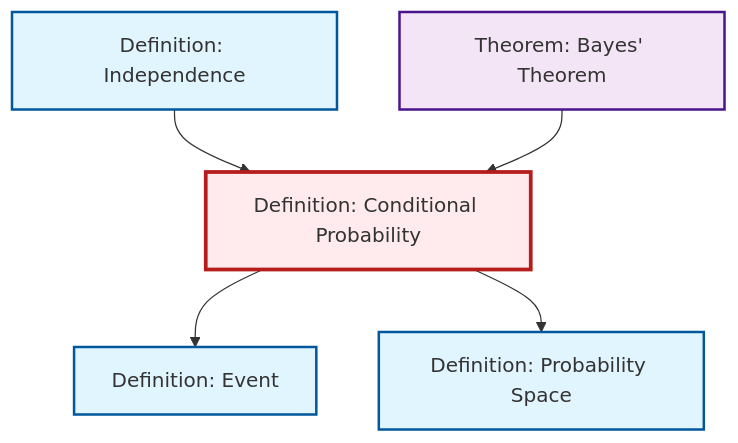
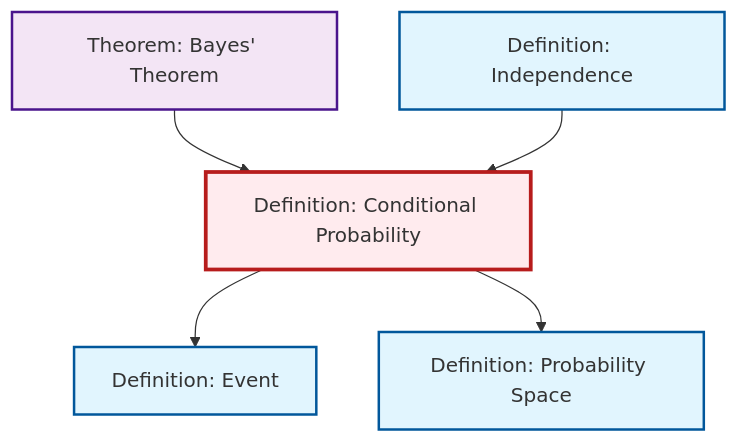
One commit to RK0429/ModernMath changed the diagram in content/ja/probability-statistics/def-conditional-probability.qmd. Above: the diagram before and after it, drawn with Mermaid. The commit also changed other lines of this file and 615 other files, not shown here.

````diff
--- a/content/ja/probability-statistics/def-conditional-probability.qmd
+++ b/content/ja/probability-statistics/def-conditional-probability.qmd
@@ -70,23 +70,23 @@
 ```{mermaid}
 %%| fig-cap: "Local dependency graph"
 graph TD
     classDef definition fill:#e1f5fe,stroke:#01579b,stroke-width:2px
     classDef theorem fill:#f3e5f5,stroke:#4a148c,stroke-width:2px
     classDef axiom fill:#fff3e0,stroke:#e65100,stroke-width:2px
     classDef example fill:#e8f5e9,stroke:#1b5e20,stroke-width:2px
     classDef current fill:#ffebee,stroke:#b71c1c,stroke-width:3px
+    def-independence["Definition: Independence"]:::definition
+    def-probability-space["Definition: Probability Space"]:::definition
     def-event["Definition: Event"]:::definition
-    def-probability-space["Definition: Probability Space"]:::definition
+    thm-bayes["Theorem: Bayes' Theorem"]:::theorem
     def-conditional-probability["Definition: Conditional Probability"]:::definition
-    def-independence["Definition: Independence"]:::definition
-    thm-bayes["Theorem: Bayes' Theorem"]:::theorem
+    thm-bayes --> def-conditional-probability
     def-independence --> def-conditional-probability
-    thm-bayes --> def-conditional-probability
     def-conditional-probability --> def-event
     def-conditional-probability --> def-probability-space
     class def-conditional-probability current
+    click def-independence "def-independence.html" "Definition: Independenceへ"
+    click def-probability-space "def-probability-space.html" "Definition: Probability Spaceへ"
     click def-event "def-event.html" "Definition: Eventへ"
-    click def-probability-space "def-probability-space.html" "Definition: Probability Spaceへ"
-    click def-independence "def-independence.html" "Definition: Independenceへ"
     click thm-bayes "thm-bayes.html" "Theorem: Bayes' Theoremへ"
 ```
````
